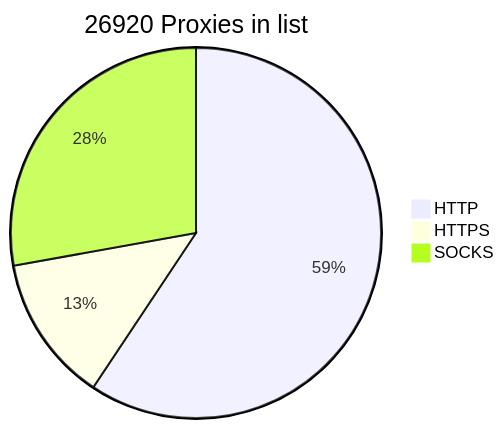
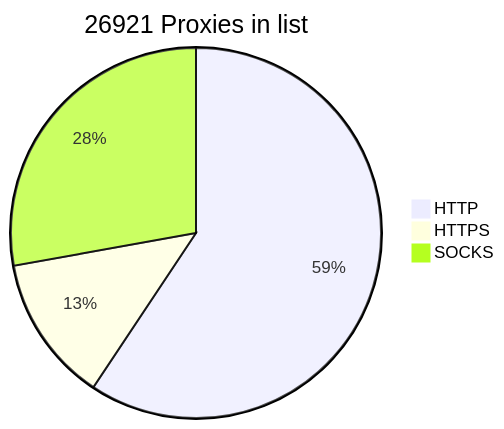
One commit to BlackSnowDot/proxylist-update-every-minute changed the diagram in README.md. Above: the diagram before and after it, drawn with Mermaid.

````diff
--- a/README.md
+++ b/README.md
@@ -2,6 +2,6 @@
 ```mermaid
-pie title 26920 Proxies in list
+pie title 26921 Proxies in list
     "HTTP" : 17587
     "HTTPS": 3802
-    "SOCKS" : 8246
+    "SOCKS" : 8247
 ```
````
